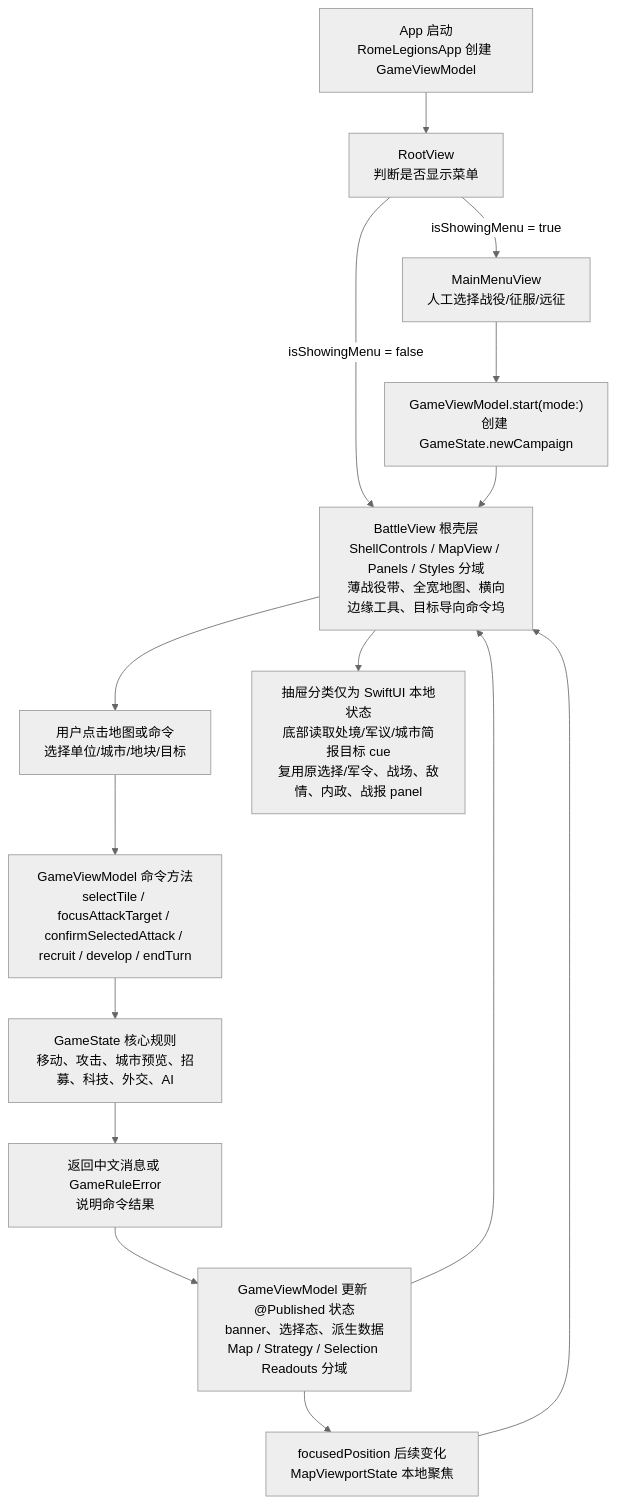
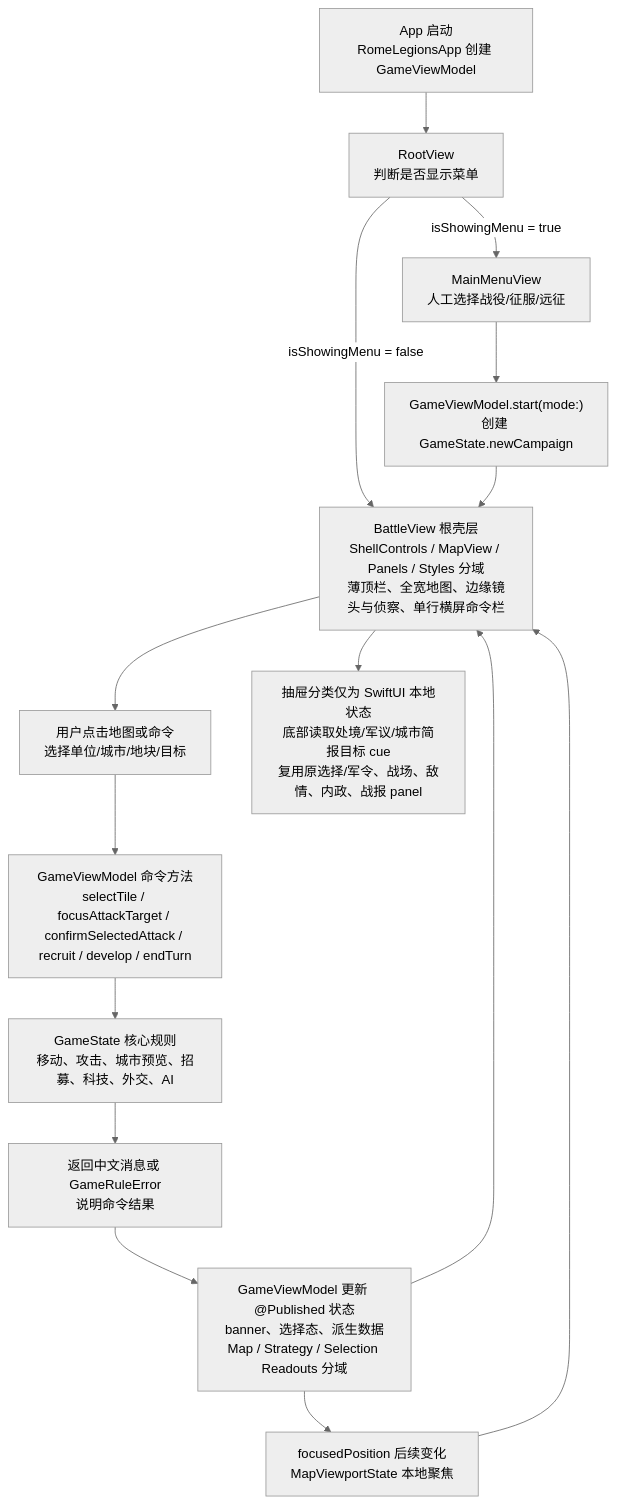
One commit to Altman-sam114/119 changed diagram 15 of 26 in md/flow/flowchart.md. Above: the diagram before and after it, drawn with Mermaid (neutral theme). The commit also changed other lines of this file and 8 other files, not shown here.

Commit message:
Give the battle map more screen space

````diff
--- a/md/flow/flowchart.md
+++ b/md/flow/flowchart.md
@@ -262,17 +262,17 @@
 ```mermaid
 flowchart TD
     A["App 启动<br/>RomeLegionsApp 创建 GameViewModel"] --> B["RootView<br/>判断是否显示菜单"]
     B -->|isShowingMenu = true| C["MainMenuView<br/>人工选择战役/征服/远征"]
     C --> D["GameViewModel.start(mode:)<br/>创建 GameState.newCampaign"]
-    B -->|isShowingMenu = false| E["BattleView 根壳层<br/>ShellControls / MapView / Panels / Styles 分域<br/>薄战役带、全宽地图、横向边缘工具、目标导向命令坞"]
+    B -->|isShowingMenu = false| E["BattleView 根壳层<br/>ShellControls / MapView / Panels / Styles 分域<br/>薄顶栏、全宽地图、边缘镜头与侦察、单行横屏命令栏"]
     D --> E
     E --> F["用户点击地图或命令<br/>选择单位/城市/地块/目标"]
     F --> G["GameViewModel 命令方法<br/>selectTile / focusAttackTarget / confirmSelectedAttack / recruit / develop / endTurn"]
     G --> H["GameState 核心规则<br/>移动、攻击、城市预览、招募、科技、外交、AI"]
     H --> I["返回中文消息或 GameRuleError<br/>说明命令结果"]
     I --> J["GameViewModel 更新 @Published 状态<br/>banner、选择态、派生数据<br/>Map / Strategy / Selection Readouts 分域"]
     J --> E
     J --> L["focusedPosition 后续变化<br/>MapViewportState 本地聚焦"]
     L --> E
     E --> K["抽屉分类仅为 SwiftUI 本地状态<br/>底部读取处境/军议/城市简报目标 cue<br/>复用原选择/军令、战场、敌情、内政、战报 panel"]
 ```
````
